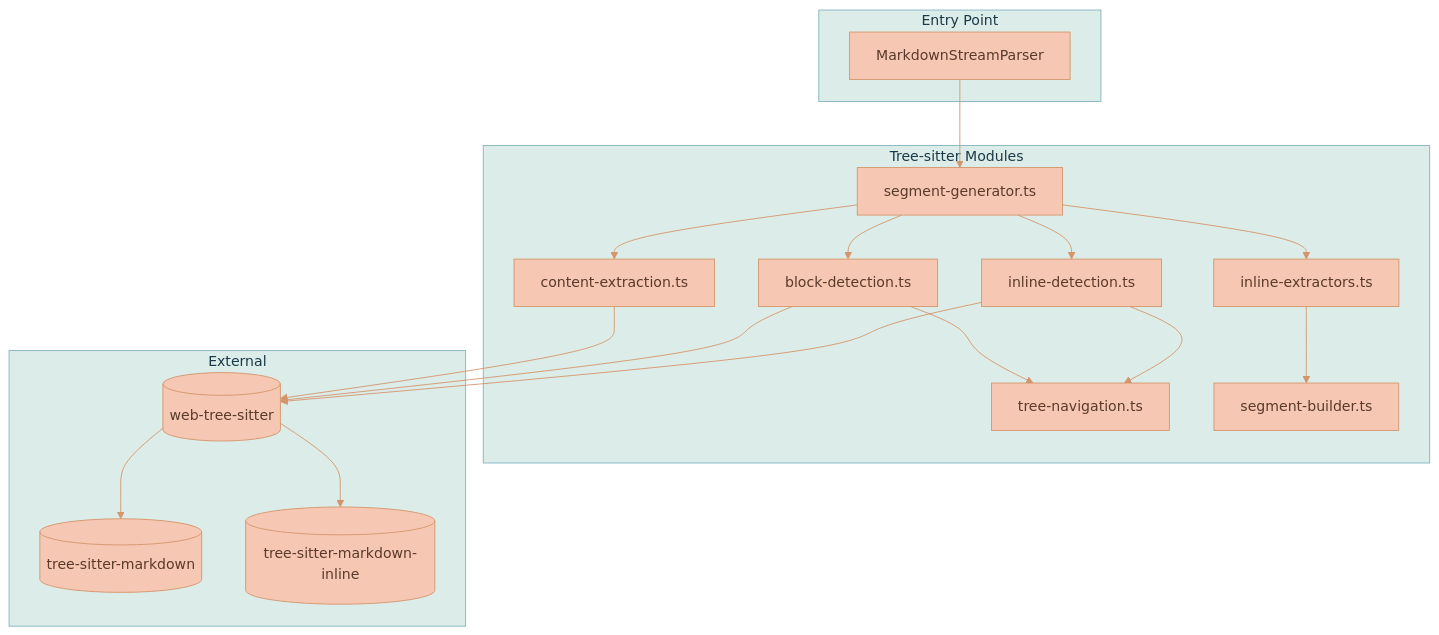
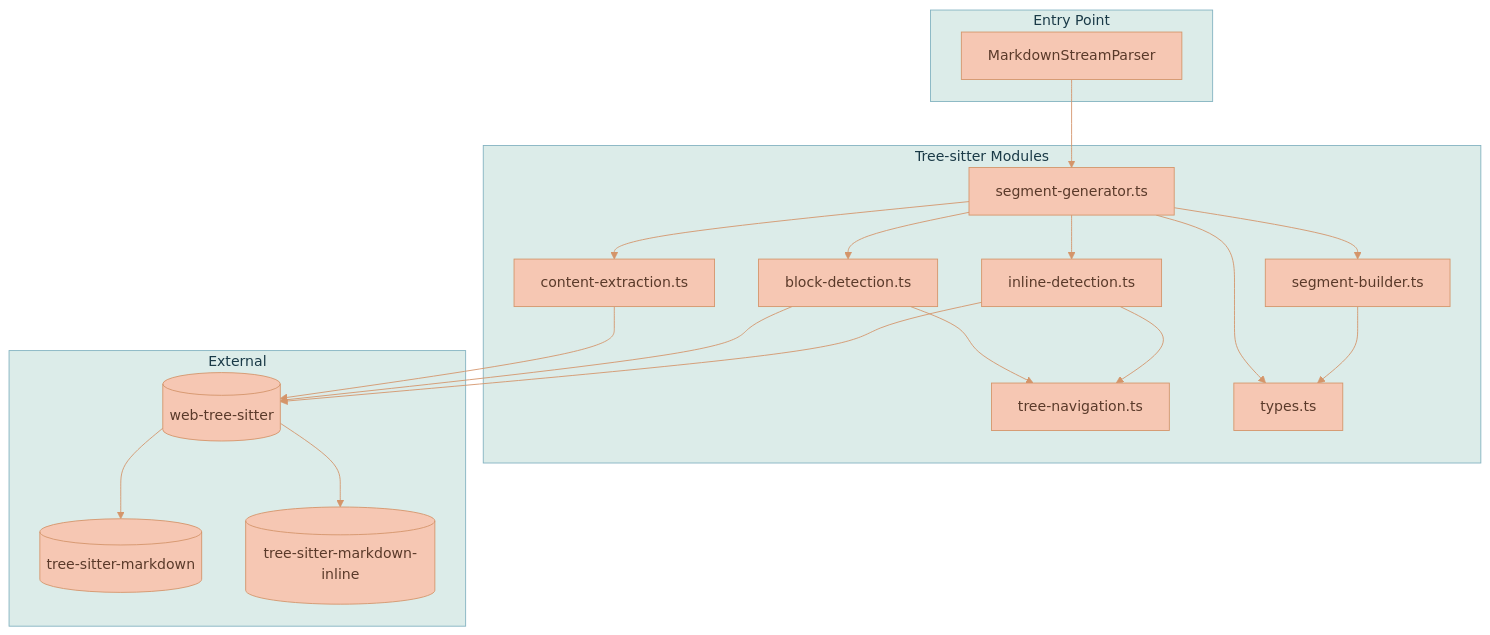
One commit to fructusmortus/markdown-stream-parser changed the second of 4 diagrams in README.md. Above: the diagram before and after it, drawn with Mermaid. The commit also changed other lines of this file and 12 other files, not shown here.

````diff
--- a/README.md
+++ b/README.md
@@ -295,37 +422,38 @@
 ```mermaid
 %%{init: {'theme': 'base', 'themeVariables': { 'primaryColor': '#F6C7B3', 'primaryTextColor': '#5a3a2a', 'primaryBorderColor': '#d4956a', 'secondaryColor': '#C3DEDD', 'secondaryTextColor': '#1a3a47', 'secondaryBorderColor': '#4a8a9d', 'tertiaryColor': '#DCECE9', 'tertiaryTextColor': '#1a3a47', 'tertiaryBorderColor': '#82B2C0', 'lineColor': '#d4956a', 'textColor': '#5a3a2a'}}}%%
 graph TB
     subgraph "Entry Point"
         Parser[MarkdownStreamParser]
     end
 
     subgraph "Tree-sitter Modules"
         SG[segment-generator.ts]
         BD[block-detection.ts]
         ID[inline-detection.ts]
         CE[content-extraction.ts]
-        IE[inline-extractors.ts]
         TN[tree-navigation.ts]
         SB[segment-builder.ts]
+        TY[types.ts]
     end
 
     subgraph "External"
         TS[(web-tree-sitter)]
         MD[(tree-sitter-markdown)]
         MDI[(tree-sitter-markdown-inline)]
     end
 
     Parser --> SG
     SG --> BD
     SG --> ID
     SG --> CE
-    SG --> IE
+    SG --> SB
+    SG --> TY
     BD --> TN
     ID --> TN
-    IE --> SB
+    SB --> TY
     CE --> TS
     BD --> TS
     ID --> TS
     TS --> MD
     TS --> MDI
 ```
````
